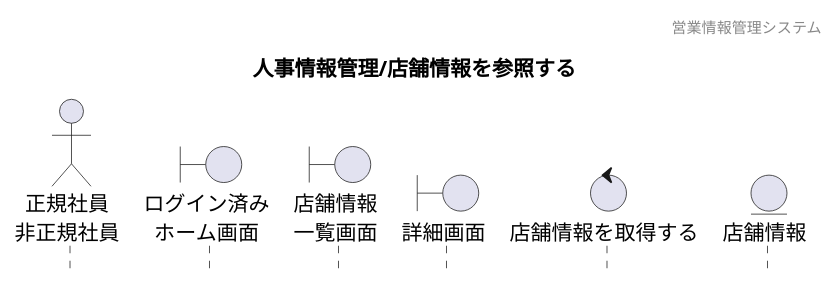
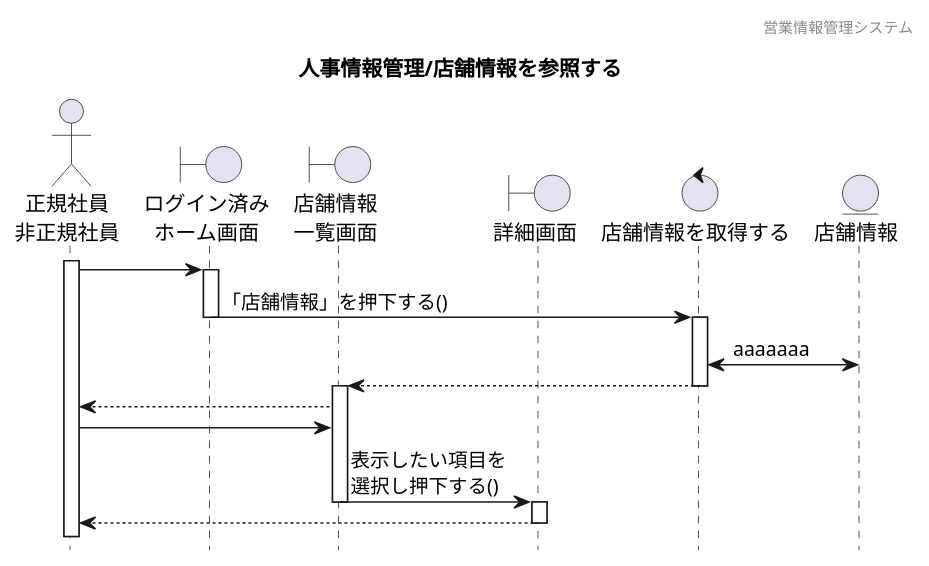
The diagram in 各種設計書/4シーケンス図/人事情報管理/2.店舗情報参照/店舗情報参照_未.plantuml (HaruShim/Sotuken), drawn with PlantUML before and after one commit. The commit also changed 3 other files, not shown here.

```diff
--- a/各種設計書/4シーケンス図/人事情報管理/2.店舗情報参照/店舗情報参照_未.plantuml
+++ b/各種設計書/4シーケンス図/人事情報管理/2.店舗情報参照/店舗情報参照_未.plantuml
@@ -1,27 +1,44 @@
 @startuml シーケンス図
 
 hide footbox
 header 営業情報管理システム
 title 人事情報管理/店舗情報を参照する
 
 
 ' actor "" as 
 actor "正規社員\n非正規社員" as a1
 
 ' boundary "" as 
 boundary "ログイン済み\nホーム画面" as b1
 boundary "店舗情報\n一覧画面" as b2
 boundary "詳細画面" as b3
 
 ' control "" as 
 control "店舗情報を取得する" as c1
 
 ' entity "" as
 entity "店舗情報" as e1
 
 
-
+' 長谷川
+activate a1
+a1 -> b1
+activate b1
+b1 -> c1 : 「店舗情報」を押下する()
+deactivate
+activate c1
+c1 <-> e1 : aaaaaaa
+b2 <-- c1
+deactivate
+activate b2
+a1 <-- b2
+a1 -> b2
+b2 -> b3 : 表示したい項目を\n選択し押下する()
+deactivate
+activate b3
+a1 <-- b3
+deactivate
 
 
 
 @enduml
```
